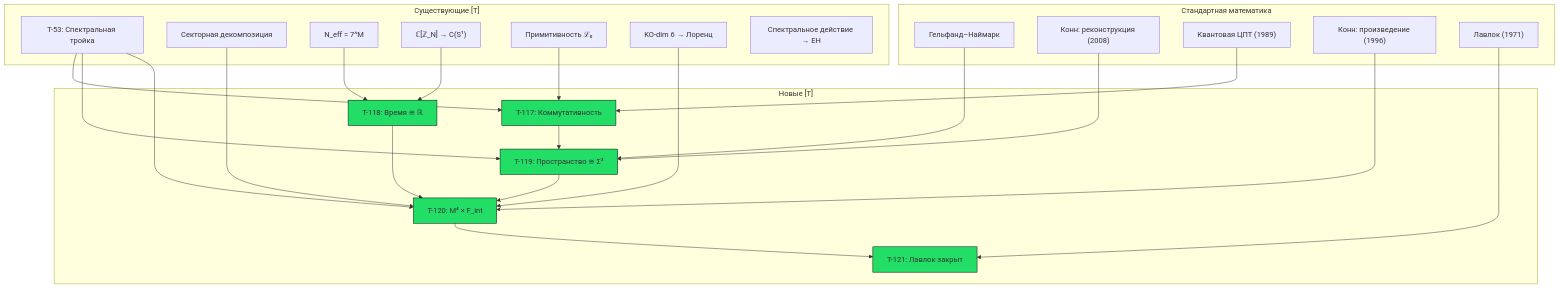
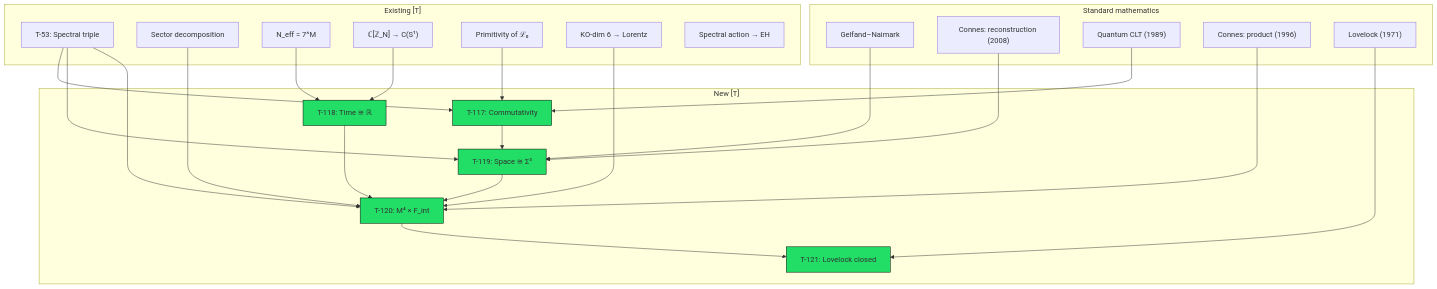
The diagram in website/docs/proofs/physics/emergent-manifold.md (gst-st/uhm), drawn with Mermaid before and after one commit. The commit also changed other lines of this file and 59 other files, not shown here.

````diff
--- a/website/docs/proofs/physics/emergent-manifold.md
+++ b/website/docs/proofs/physics/emergent-manifold.md
@@ -368,56 +368,56 @@
 ```mermaid
 graph TD
-    subgraph "Существующие [Т]"
-        T53["T-53: Спектральная тройка"]
-        SEC["Секторная декомпозиция"]
+    subgraph "Existing [Т]"
+        T53["T-53: Spectral triple"]
+        SEC["Sector decomposition"]
         NEFF["N_eff = 7^M"]
         CLIM["ℂ#91;ℤ_N#93; → C#40;S¹#41;"]
-        PRIM["Примитивность ℒ₀"]
-        KO["KO-dim 6 → Лоренц"]
-        SPEC["Спектральное действие → EH"]
+        PRIM["Primitivity of ℒ₀"]
+        KO["KO-dim 6 → Lorentz"]
+        SPEC["Spectral action → EH"]
     end
 
-    subgraph "Стандартная математика"
-        GN["Гельфанд–Наймарк"]
-        CR["Конн: реконструкция #40;2008#41;"]
-        QCLT["Квантовая ЦПТ #40;1989#41;"]
-        CP["Конн: произведение #40;1996#41;"]
-        LOV["Лавлок #40;1971#41;"]
+    subgraph "Standard mathematics"
+        GN["Gelfand–Naimark"]
+        CR["Connes: reconstruction #40;2008#41;"]
+        QCLT["Quantum CLT #40;1989#41;"]
+        CP["Connes: product #40;1996#41;"]
+        LOV["Lovelock #40;1971#41;"]
     end
 
-    subgraph "Новые [Т]"
-        T117["T-117: Коммутативность"]
-        T118["T-118: Время ≅ ℝ"]
-        T119["T-119: Пространство ≅ Σ³"]
+    subgraph "New [Т]"
+        T117["T-117: Commutativity"]
+        T118["T-118: Time ≅ ℝ"]
+        T119["T-119: Space ≅ Σ³"]
         T120["T-120: M⁴ × F_int"]
-        T121["T-121: Лавлок закрыт"]
+        T121["T-121: Lovelock closed"]
     end
 
     PRIM --> T117
     QCLT --> T117
     T53 --> T117
 
     NEFF --> T118
     CLIM --> T118
 
     T117 --> T119
     GN --> T119
     CR --> T119
     T53 --> T119
 
     T118 --> T120
     T119 --> T120
     T53 --> T120
     CP --> T120
     SEC --> T120
     KO --> T120
 
     T120 --> T121
     LOV --> T121
 
     style T117 fill:#2d6,stroke:#000
     style T118 fill:#2d6,stroke:#000
     style T119 fill:#2d6,stroke:#000
     style T120 fill:#2d6,stroke:#000
     style T121 fill:#2d6,stroke:#000
 ```
````
